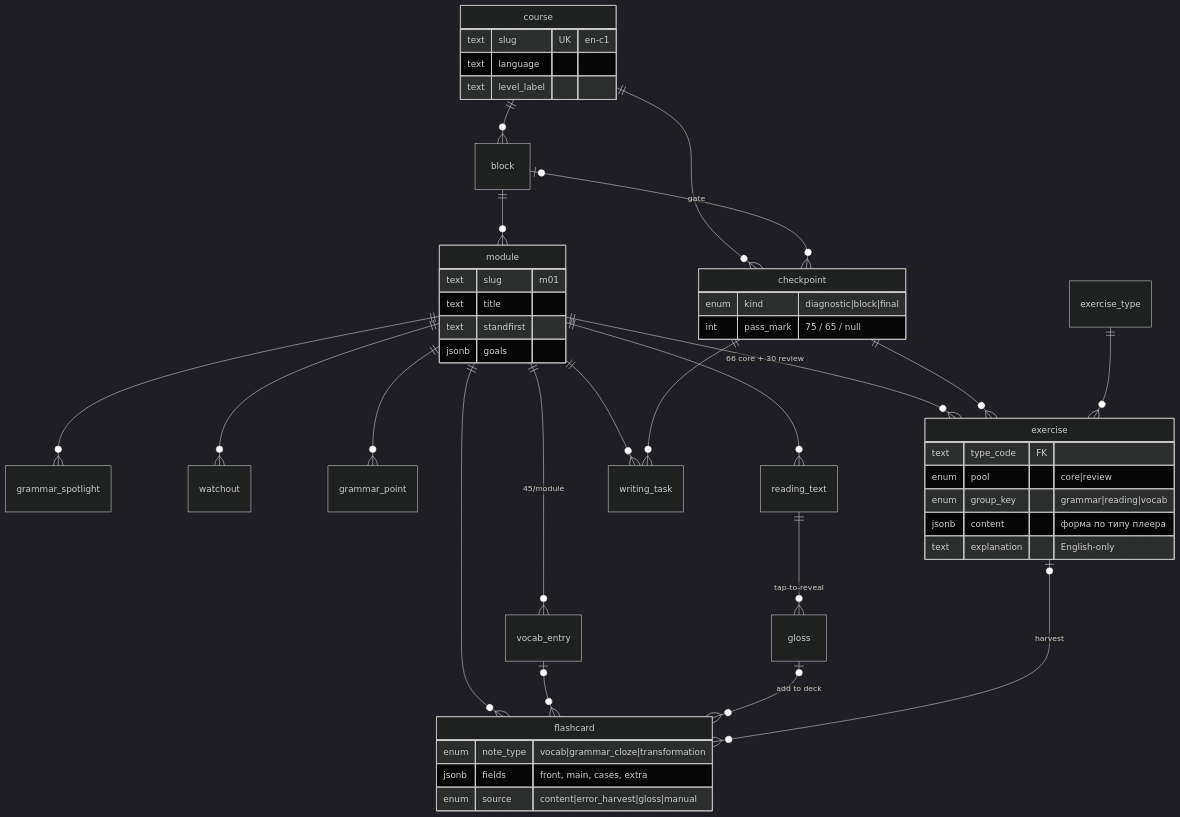
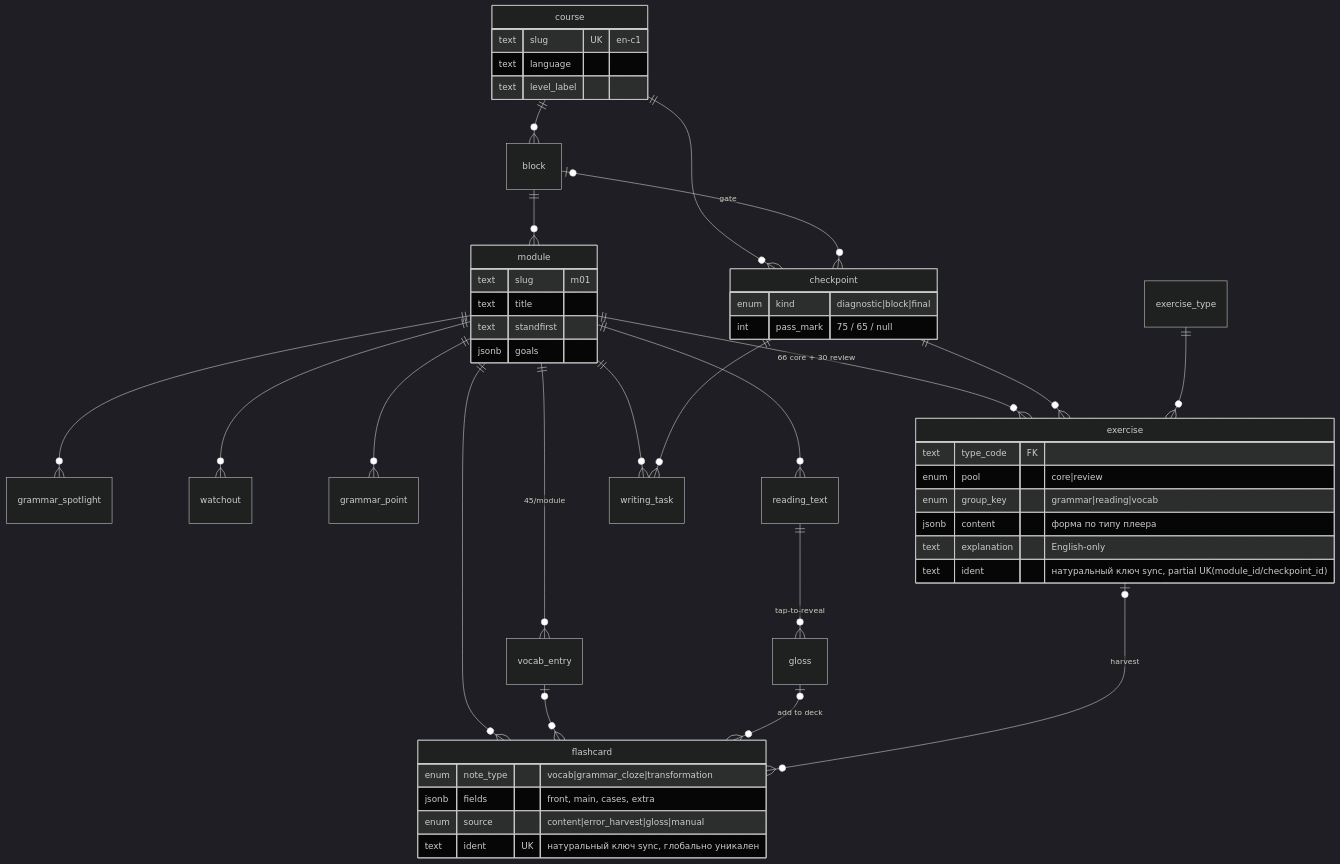
Before and after one commit to TrivialJavaBackender/sky-rocket-english: the first of 3 diagrams in docs/DATA-MODEL.md, drawn with Mermaid (dark theme). The commit also changed other lines of this file and 139 other files, not shown here.

````diff
--- a/docs/DATA-MODEL.md
+++ b/docs/DATA-MODEL.md
@@ -17,50 +17,52 @@
 ```mermaid
 erDiagram
   course ||--o{ block : ""
   course ||--o{ checkpoint : ""
   block ||--o{ module : ""
   block |o--o{ checkpoint : "gate"
   module ||--o{ grammar_spotlight : ""
   module ||--o{ watchout : ""
   module ||--o{ grammar_point : ""
   module ||--o{ reading_text : ""
   reading_text ||--o{ gloss : "tap-to-reveal"
   module ||--o{ vocab_entry : "45/module"
   module ||--o{ exercise : "66 core + 30 review"
   checkpoint ||--o{ exercise : ""
   exercise_type ||--o{ exercise : ""
   module ||--o{ writing_task : ""
   checkpoint ||--o{ writing_task : ""
   module ||--o{ flashcard : ""
   vocab_entry |o--o{ flashcard : ""
   gloss |o--o{ flashcard : "add to deck"
   exercise |o--o{ flashcard : "harvest"
 
   course {
     text slug UK "en-c1"
     text language
     text level_label
   }
   module {
     text slug "m01"
     text title
     text standfirst
     jsonb goals
   }
   checkpoint {
     enum kind "diagnostic|block|final"
     int pass_mark "75 / 65 / null"
   }
   exercise {
     text type_code FK
     enum pool "core|review"
     enum group_key "grammar|reading|vocab"
     jsonb content "форма по типу плеера"
     text explanation "English-only"
+    text ident "натуральный ключ sync, partial UK(module_id/checkpoint_id)"
   }
   flashcard {
     enum note_type "vocab|grammar_cloze|transformation"
     jsonb fields "front, main, cases, extra"
     enum source "content|error_harvest|gloss|manual"
+    text ident UK "натуральный ключ sync, глобально уникален"
   }
 ```
````
